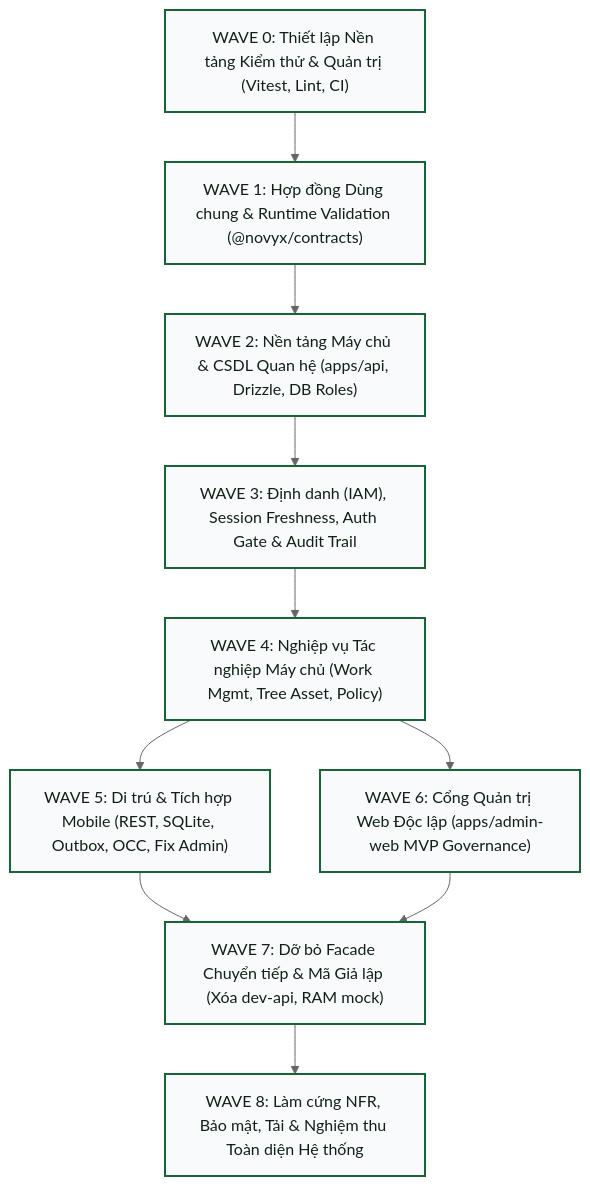
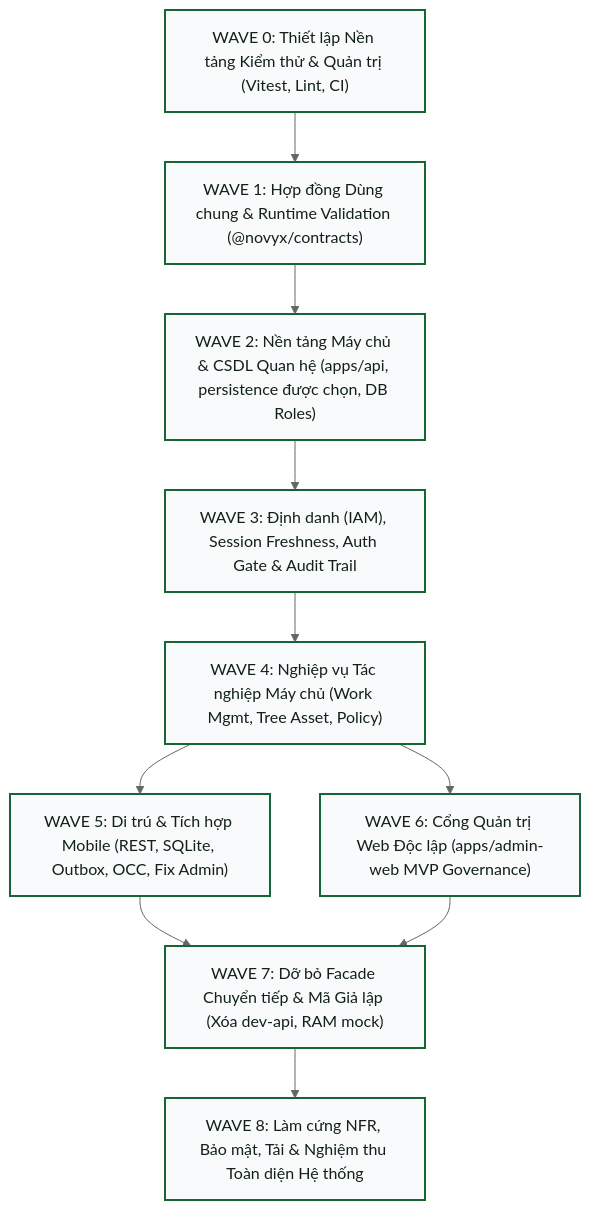
The diagram in docs/PHASE12-IMPLEMENTATION-MASTER-PLAN.md (Peaker04/tree), drawn with Mermaid (neutral theme) before and after one commit. The commit also changed other lines of this file and 3 other files, not shown here.

````diff
--- a/docs/PHASE12-IMPLEMENTATION-MASTER-PLAN.md
+++ b/docs/PHASE12-IMPLEMENTATION-MASTER-PLAN.md
@@ -114,16 +114,16 @@
 ```mermaid
 flowchart TD
     W0["WAVE 0: Thiết lập Nền tảng Kiểm thử & Quản trị (Vitest, Lint, CI)"] --> W1
     W1["WAVE 1: Hợp đồng Dùng chung & Runtime Validation (@novyx/contracts)"] --> W2
-    W2["WAVE 2: Nền tảng Máy chủ & CSDL Quan hệ (apps/api, Drizzle, DB Roles)"] --> W3
+    W2["WAVE 2: Nền tảng Máy chủ & CSDL Quan hệ (apps/api, persistence được chọn, DB Roles)"] --> W3
     W3["WAVE 3: Định danh (IAM), Session Freshness, Auth Gate & Audit Trail"] --> W4
     W4["WAVE 4: Nghiệp vụ Tác nghiệp Máy chủ (Work Mgmt, Tree Asset, Policy)"] --> W5
     W4 --> W6
     W5["WAVE 5: Di trú & Tích hợp Mobile (REST, SQLite, Outbox, OCC, Fix Admin)"] --> W7
     W6["WAVE 6: Cổng Quản trị Web Độc lập (apps/admin-web MVP Governance)"] --> W7
     W7["WAVE 7: Dỡ bỏ Facade Chuyển tiếp & Mã Giả lập (Xóa dev-api, RAM mock)"] --> W8
     W8["WAVE 8: Làm cứng NFR, Bảo mật, Tải & Nghiệm thu Toàn diện Hệ thống"]
 
     classDef wave fill:#F8FAFC,stroke:#166534,stroke-width:2px,color:#112116;
     class W0,W1,W2,W3,W4,W5,W6,W7,W8 wave;
 ```
````
